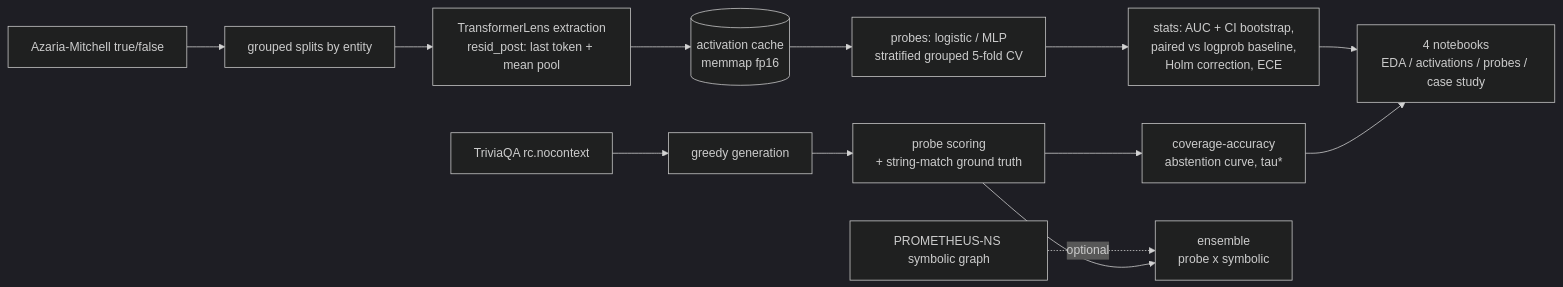
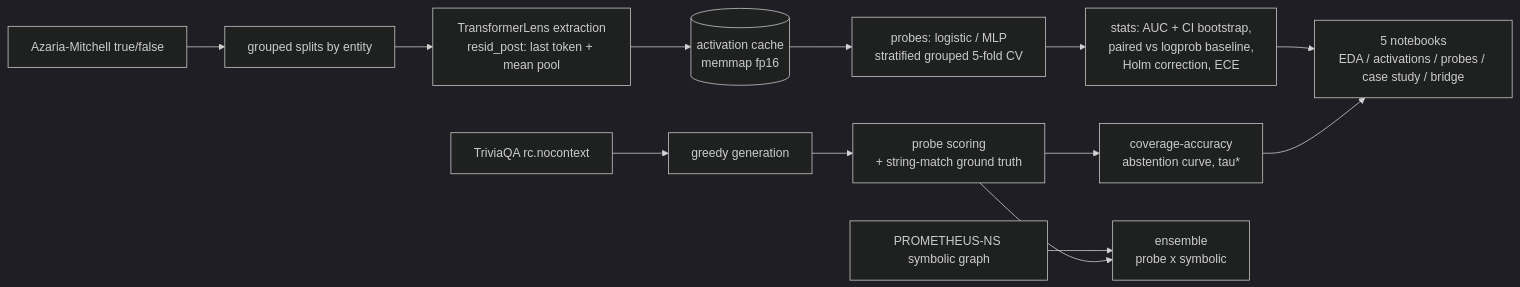
One commit to Deivid9920/CASSANDRA changed the diagram in README.md. Above: the diagram before and after it, drawn with Mermaid (dark theme). The commit also changed other lines of this file and 14 other files, not shown here.

First line of the commit message:
feat: wire real PROMETHEUS-NS consistency graph into the symbolic ensemble

````diff
--- a/README.md
+++ b/README.md
@@ -9,15 +9,15 @@
 ```mermaid
 flowchart LR
     A[Azaria-Mitchell true/false] --> S[grouped splits by entity]
     T[TriviaQA rc.nocontext] --> G[greedy generation]
     S --> X[TransformerLens extraction\nresid_post: last token + mean pool]
     X --> C[(activation cache\nmemmap fp16)]
     C --> P[probes: logistic / MLP\nstratified grouped 5-fold CV]
     P --> E[stats: AUC + CI bootstrap,\npaired vs logprob baseline,\nHolm correction, ECE]
     G --> SC[probe scoring\n+ string-match ground truth]
     SC --> AB[coverage-accuracy\nabstention curve, tau*]
-    E --> NB[4 notebooks\nEDA / activations / probes / case study]
+    E --> NB[5 notebooks\nEDA / activations / probes / case study / bridge]
     AB --> NB
-    PS[PROMETHEUS-NS symbolic graph] -.optional.-> EN[ensemble\nprobe x symbolic]
+    PS[PROMETHEUS-NS symbolic graph] --> EN[ensemble\nprobe x symbolic]
     SC --> EN
 ```
````
